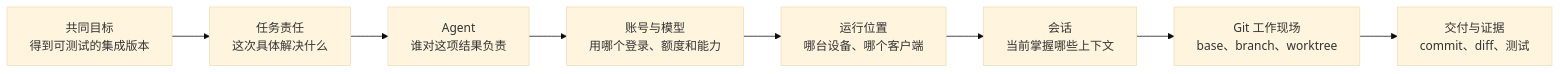
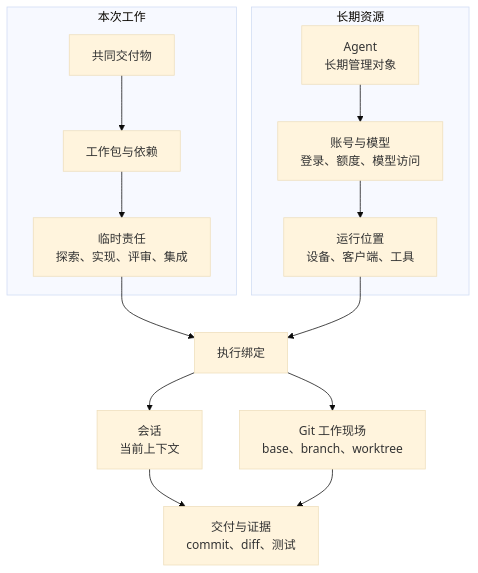
The first of 6 diagrams in docs/MULTI_AGENT_ENGINEERING_WORKFLOW_GUIDE.md (shuqianglin1997/agent-desk), drawn with Mermaid (base theme) before and after one commit. The commit also changed other lines of this file, not shown here.

Commit message:
docs: complete multi-agent management framework

````diff
--- a/docs/MULTI_AGENT_ENGINEERING_WORKFLOW_GUIDE.md
+++ b/docs/MULTI_AGENT_ENGINEERING_WORKFLOW_GUIDE.md
@@ -21,10 +29,17 @@
 ```mermaid
-flowchart LR
-  G["共同目标<br/>得到可测试的集成版本"] --> T["任务责任<br/>这次具体解决什么"]
-  T --> A["Agent<br/>谁对这项结果负责"]
-  A --> C["账号与模型<br/>用哪个登录、额度和能力"]
-  C --> S["运行位置<br/>哪台设备、哪个客户端"]
-  S --> H["会话<br/>当前掌握哪些上下文"]
-  H --> W["Git 工作现场<br/>base、branch、worktree"]
-  W --> D["交付与证据<br/>commit、diff、测试"]
+flowchart TB
+  subgraph R["长期资源"]
+    A["Agent<br/>长期管理对象"] --> C["账号与模型<br/>登录、额度、模型访问"]
+    C --> S["运行位置<br/>设备、客户端、工具"]
+  end
+  subgraph T["本次工作"]
+    G["共同交付物"] --> P["工作包与依赖"]
+    P --> O["临时责任<br/>探索、实现、评审、集成"]
+  end
+  O --> B["执行绑定"]
+  S --> B
+  B --> H["会话<br/>当前上下文"]
+  B --> W["Git 工作现场<br/>base、branch、worktree"]
+  H --> D["交付与证据<br/>commit、diff、测试"]
+  W --> D
 ```
````
